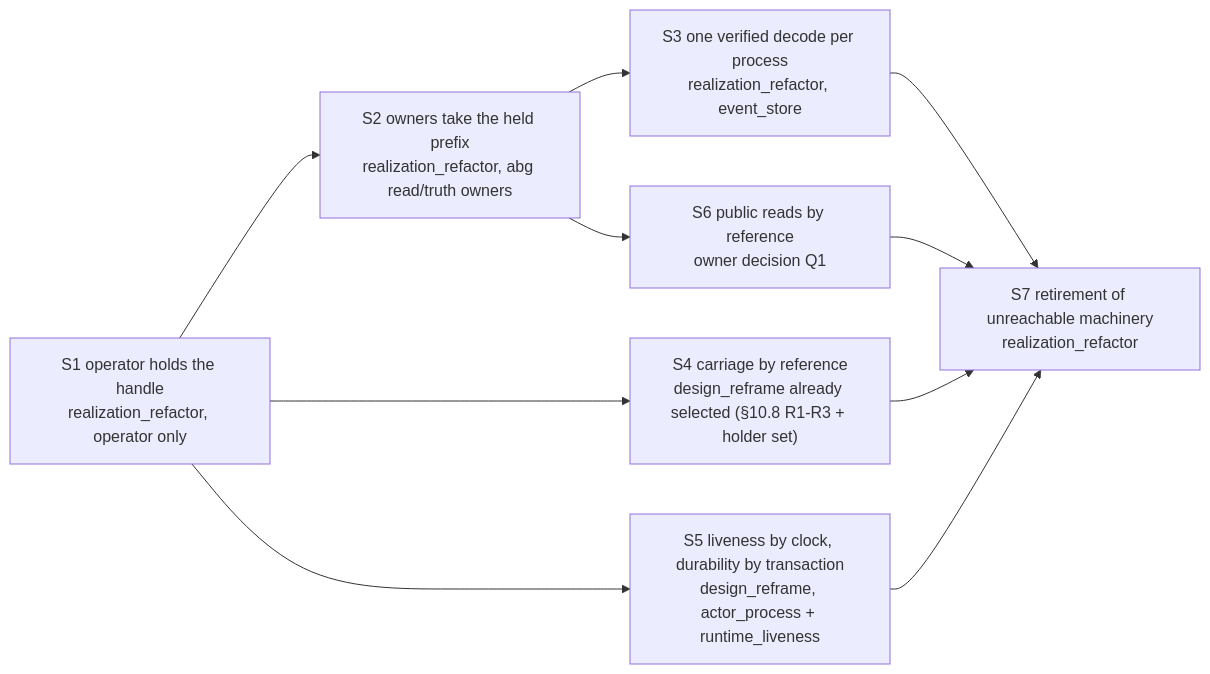
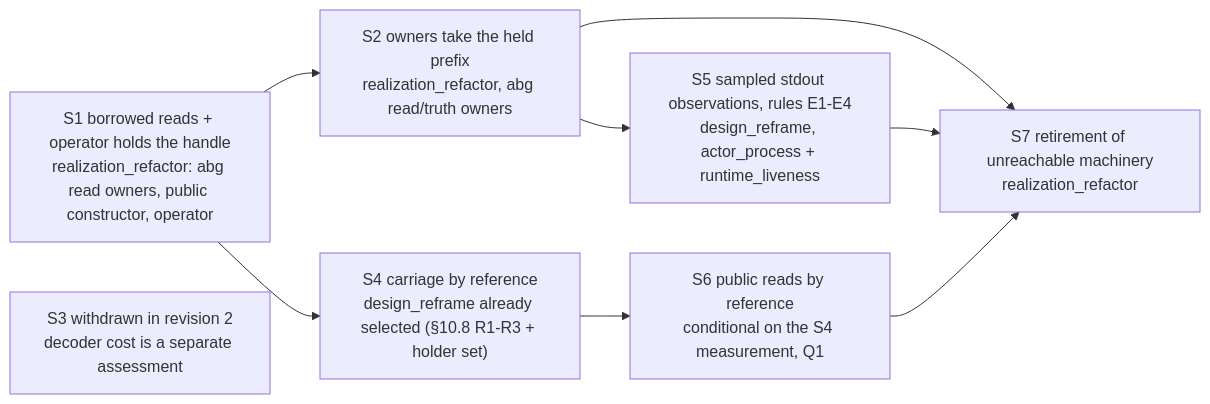
Before and after one commit to foolishimp/abiogenesis: the tenth of 10 diagrams in .ai-workspace/comments/claude/20261106T041246Z_DESIGN_HELD_GRAPH_INTERFACE/README.md, drawn with Mermaid. The commit also changed other lines of this file, not shown here.

First line of the commit message:
Revise the held graph interface plan after review

````diff
--- a/.ai-workspace/comments/claude/20261106T041246Z_DESIGN_HELD_GRAPH_INTERFACE/README.md
+++ b/.ai-workspace/comments/claude/20261106T041246Z_DESIGN_HELD_GRAPH_INTERFACE/README.md
@@ -462,14 +486,13 @@
 ```mermaid
 flowchart LR
-  S1["S1 operator holds the handle<br/>realization_refactor, operator only"]
+  S1["S1 borrowed reads + operator holds the handle<br/>realization_refactor: abg read owners, public constructor, operator"]
   S2["S2 owners take the held prefix<br/>realization_refactor, abg read/truth owners"]
-  S3["S3 one verified decode per process<br/>realization_refactor, event_store"]
   S4["S4 carriage by reference<br/>design_reframe already selected (§10.8 R1-R3 + holder set)"]
-  S5["S5 liveness by clock, durability by transaction<br/>design_reframe, actor_process + runtime_liveness"]
-  S6["S6 public reads by reference<br/>owner decision Q1"]
+  S5["S5 sampled stdout observations, rules E1-E4<br/>design_reframe, actor_process + runtime_liveness"]
+  S6["S6 public reads by reference<br/>conditional on the S4 measurement, Q1"]
   S7["S7 retirement of unreachable machinery<br/>realization_refactor"]
-  S1 --> S2 --> S3 --> S7
-  S1 --> S4 --> S7
-  S1 --> S5 --> S7
-  S2 --> S6 --> S7
+  S3["S3 withdrawn in revision 2<br/>decoder cost is a separate assessment"]
+  S1 --> S2 --> S7
+  S1 --> S4 --> S6 --> S7
+  S2 --> S5 --> S7
 ```
````
